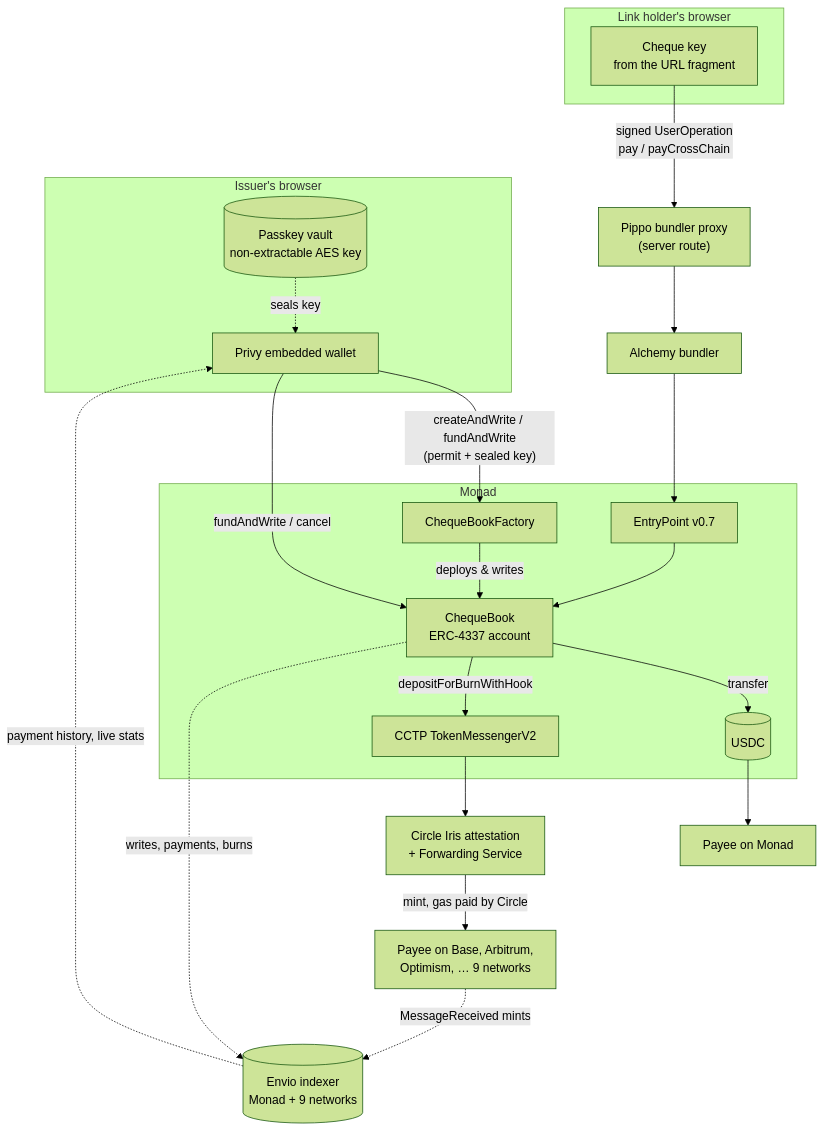
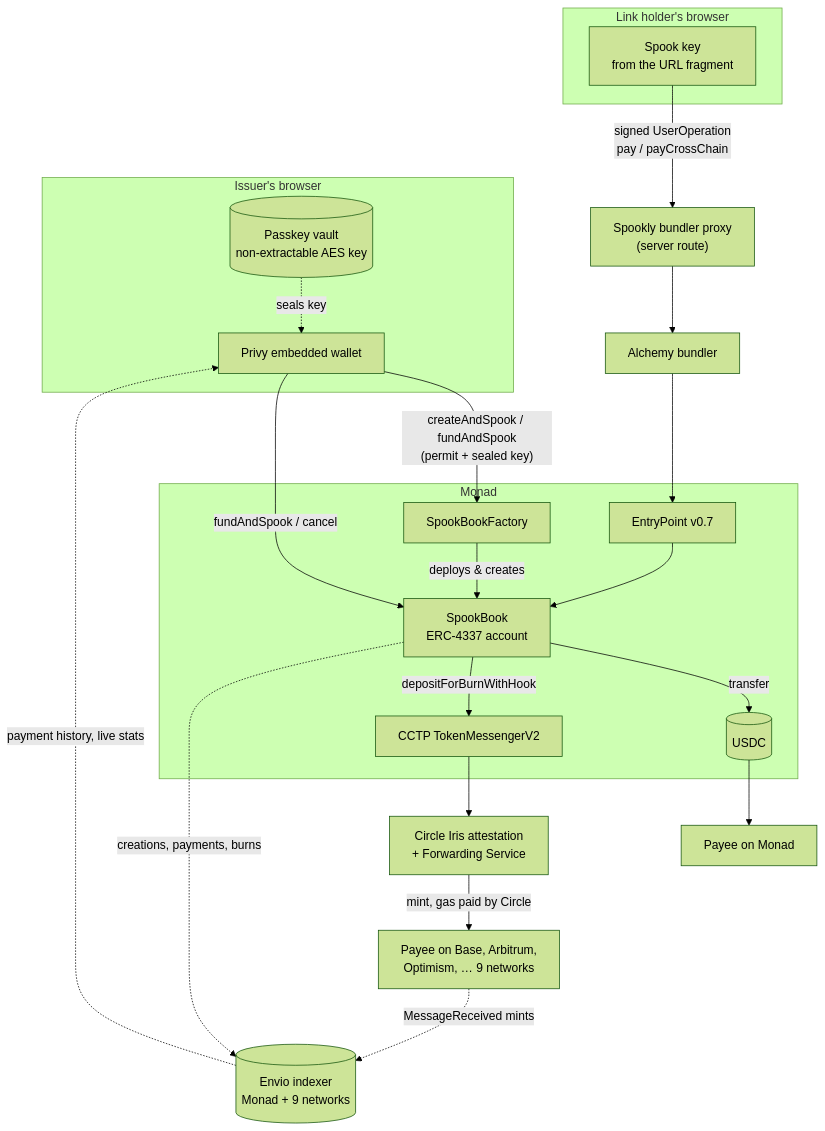
One commit to emeieiron/spookly changed the first of 2 diagrams in README.md. Above: the diagram before and after it, drawn with Mermaid (forest theme). The commit also changed other lines of this file and 87 other files, not shown here.

````diff
--- a/README.md
+++ b/README.md
@@ -71,34 +71,34 @@
 ```mermaid
 flowchart TB
     subgraph Issuer["Issuer's browser"]
         W[Privy embedded wallet]
         V[(Passkey vault<br/>non-extractable AES key)]
     end
     subgraph Holder["Link holder's browser"]
-        K[Cheque key<br/>from the URL fragment]
+        K[Spook key<br/>from the URL fragment]
     end
     subgraph Monad["Monad"]
-        F[ChequeBookFactory]
-        B[ChequeBook<br/>ERC-4337 account]
+        F[SpookBookFactory]
+        B[SpookBook<br/>ERC-4337 account]
         EP[EntryPoint v0.7]
         U[(USDC)]
         TM[CCTP TokenMessengerV2]
     end
-    P["Pippo bundler proxy<br/>(server route)"]
+    P["Spookly bundler proxy<br/>(server route)"]
     A[Alchemy bundler]
     C[Circle Iris attestation<br/>+ Forwarding Service]
     D[Payee on Base, Arbitrum,<br/>Optimism, … 9 networks]
     M[Payee on Monad]
 
-    W -- "createAndWrite / fundAndWrite<br/>(permit + sealed key)" --> F
-    F -- deploys & writes --> B
-    W -- "fundAndWrite / cancel" --> B
+    W -- "createAndSpook / fundAndSpook<br/>(permit + sealed key)" --> F
+    F -- deploys & creates --> B
+    W -- "fundAndSpook / cancel" --> B
     V -. seals key .-> W
     K -- "signed UserOperation<br/>pay / payCrossChain" --> P --> A --> EP --> B
     B -- transfer --> U --> M
     B -- "depositForBurnWithHook" --> TM --> C -- "mint, gas paid by Circle" --> D
     X[(Envio indexer<br/>Monad + 9 networks)]
-    B -. "writes, payments, burns" .-> X
+    B -. "creations, payments, burns" .-> X
     D -. "MessageReceived mints" .-> X
     X -. "payment history, live stats" .-> W
 ```
````
